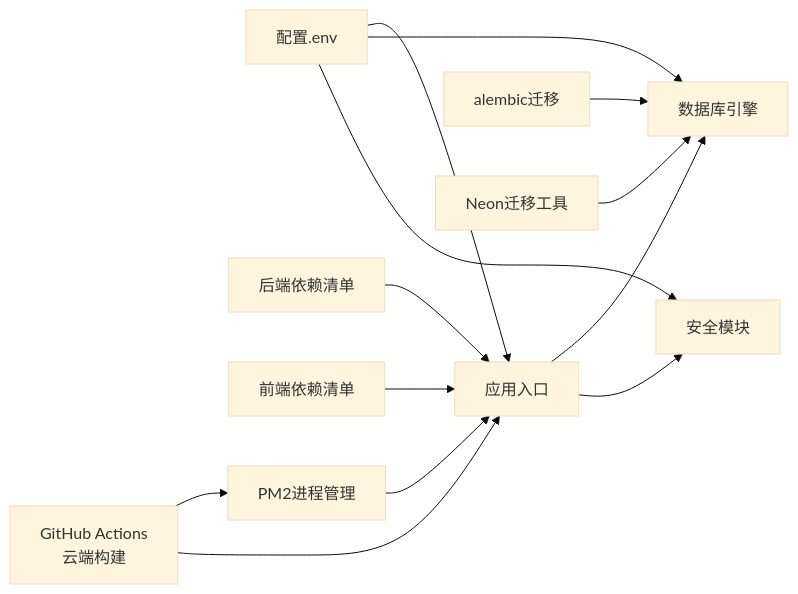
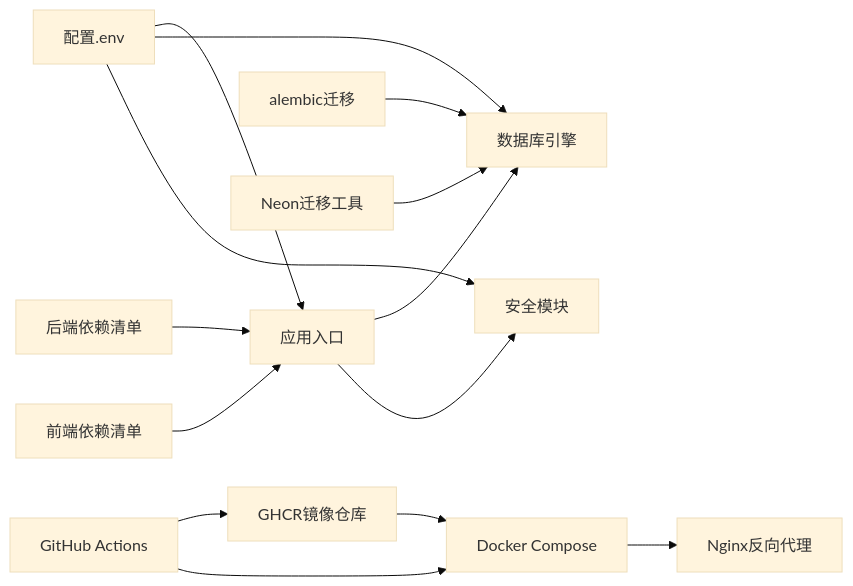
The third of 3 diagrams in .qoder/repowiki/zh/content/部署与运维/部署与运维.md (breeze-lyf/ai-stock-advisor), drawn with Mermaid (base theme) before and after one commit. The commit also changed other lines of this file and 10 other files, not shown here.

Commit message:
docs: Update AI analysis service documentation and refine GitHub Actions deployment workflow.

````diff
--- a/.qoder/repowiki/zh/content/部署与运维/部署与运维.md
+++ b/.qoder/repowiki/zh/content/部署与运维/部署与运维.md
@@ -410,15 +433,16 @@
 ```mermaid
 graph LR
 CFG["配置.env"] --> MAIN["应用入口"]
 CFG --> DB["数据库引擎"]
 CFG --> SEC["安全模块"]
 MAIN --> DB
 MAIN --> SEC
 REQ["后端依赖清单"] --> MAIN
 PKG["前端依赖清单"] --> MAIN
 ALEMBIC["alembic迁移"] --> DB
 NEONMIG["Neon迁移工具"] --> DB
-PM2["PM2进程管理"] --> MAIN
-GHA["GitHub Actions<br/>云端构建"] --> PM2
-GHA --> MAIN
+GHCR["GHCR镜像仓库"] --> DCP["Docker Compose"]
+GHA["GitHub Actions"] --> GHCR
+GHA --> DCP
+DCP --> NGINX["Nginx反向代理"]
 ```
````
